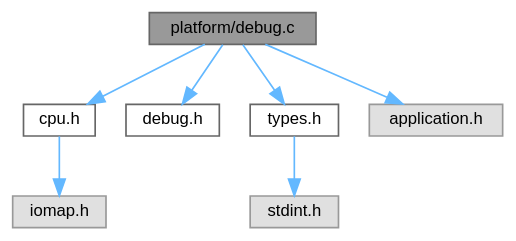
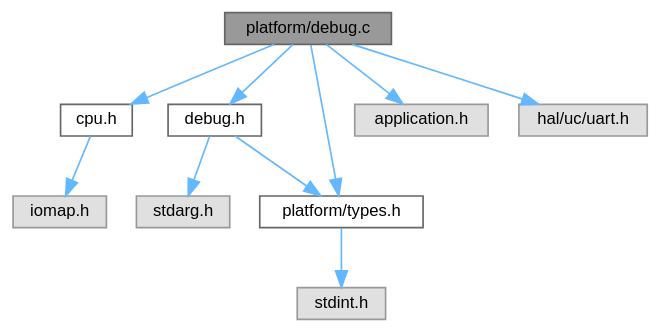
The diagram in debug_8c__incl.dot (ebs-universe/piolib-platform), drawn with Graphviz before and after one commit. The commit also changed 80 other files, not shown here.

```diff
--- a/debug_8c__incl.dot
+++ b/debug_8c__incl.dot
@@ -1,21 +1,26 @@
 digraph "platform/debug.c"
 {
  // INTERACTIVE_SVG=YES
  // LATEX_PDF_SIZE
   bgcolor="transparent";
   edge [fontname=Helvetica,fontsize=10,labelfontname=Helvetica,labelfontsize=10];
   node [fontname=Helvetica,fontsize=10,shape=box,height=0.2,width=0.4];
   Node1 [id="Node000001",label="platform/debug.c",height=0.2,width=0.4,color="gray40", fillcolor="grey60", style="filled", fontcolor="black",tooltip=" "];
   Node1 -> Node2 [id="edge1_Node000001_Node000002",color="steelblue1",style="solid",tooltip=" "];
   Node2 [id="Node000002",label="cpu.h",height=0.2,width=0.4,color="grey40", fillcolor="white", style="filled",URL="$cpu_8h.html",tooltip="Definitions for EBS CPU controls."];
   Node2 -> Node3 [id="edge2_Node000002_Node000003",color="steelblue1",style="solid",tooltip=" "];
   Node3 [id="Node000003",label="iomap.h",height=0.2,width=0.4,color="grey60", fillcolor="#E0E0E0", style="filled",tooltip=" "];
   Node1 -> Node4 [id="edge3_Node000001_Node000004",color="steelblue1",style="solid",tooltip=" "];
   Node4 [id="Node000004",label="debug.h",height=0.2,width=0.4,color="grey40", fillcolor="white", style="filled",URL="$debug_8h.html",tooltip=" "];
-  Node1 -> Node5 [id="edge4_Node000001_Node000005",color="steelblue1",style="solid",tooltip=" "];
-  Node5 [id="Node000005",label="types.h",height=0.2,width=0.4,color="grey40", fillcolor="white", style="filled",URL="$types_8h.html",tooltip=" "];
-  Node5 -> Node6 [id="edge5_Node000005_Node000006",color="steelblue1",style="solid",tooltip=" "];
-  Node6 [id="Node000006",label="stdint.h",height=0.2,width=0.4,color="grey60", fillcolor="#E0E0E0", style="filled",tooltip=" "];
-  Node1 -> Node7 [id="edge6_Node000001_Node000007",color="steelblue1",style="solid",tooltip=" "];
-  Node7 [id="Node000007",label="application.h",height=0.2,width=0.4,color="grey60", fillcolor="#E0E0E0", style="filled",tooltip=" "];
+  Node4 -> Node5 [id="edge4_Node000004_Node000005",color="steelblue1",style="solid",tooltip=" "];
+  Node5 [id="Node000005",label="stdarg.h",height=0.2,width=0.4,color="grey60", fillcolor="#E0E0E0", style="filled",tooltip=" "];
+  Node4 -> Node6 [id="edge5_Node000004_Node000006",color="steelblue1",style="solid",tooltip=" "];
+  Node6 [id="Node000006",label="platform/types.h",height=0.2,width=0.4,color="grey40", fillcolor="white", style="filled",URL="$types_8h.html",tooltip=" "];
+  Node6 -> Node7 [id="edge6_Node000006_Node000007",color="steelblue1",style="solid",tooltip=" "];
+  Node7 [id="Node000007",label="stdint.h",height=0.2,width=0.4,color="grey60", fillcolor="#E0E0E0", style="filled",tooltip=" "];
+  Node1 -> Node6 [id="edge7_Node000001_Node000006",color="steelblue1",style="solid",tooltip=" "];
+  Node1 -> Node8 [id="edge8_Node000001_Node000008",color="steelblue1",style="solid",tooltip=" "];
+  Node8 [id="Node000008",label="application.h",height=0.2,width=0.4,color="grey60", fillcolor="#E0E0E0", style="filled",tooltip=" "];
+  Node1 -> Node9 [id="edge9_Node000001_Node000009",color="steelblue1",style="solid",tooltip=" "];
+  Node9 [id="Node000009",label="hal/uc/uart.h",height=0.2,width=0.4,color="grey60", fillcolor="#E0E0E0", style="filled",tooltip=" "];
 }
```
